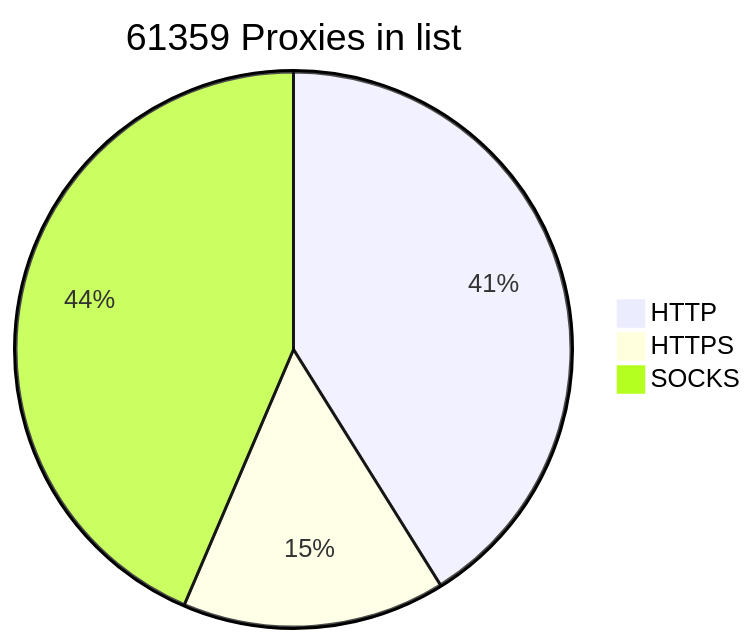
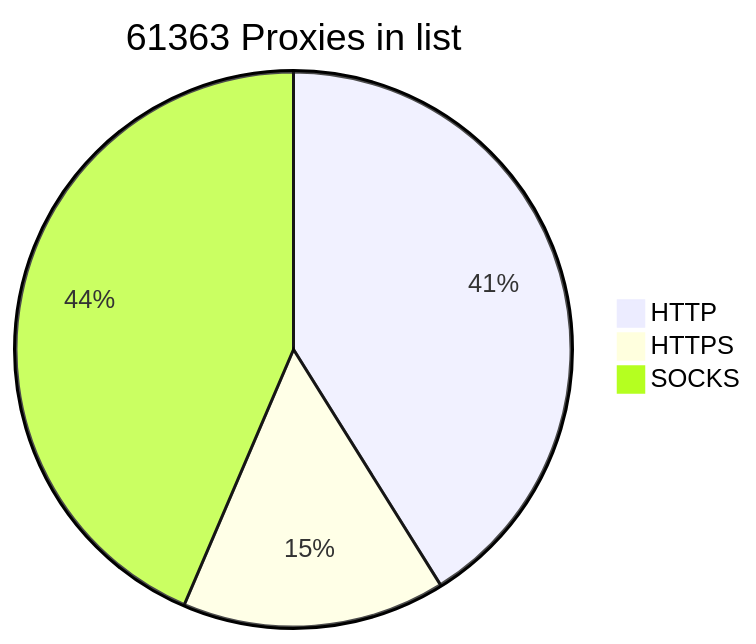
One commit to BlackSnowDot/proxylist-update-every-minute changed the diagram in README.md. Above: the diagram before and after it, drawn with Mermaid.

````diff
--- a/README.md
+++ b/README.md
@@ -2,6 +2,6 @@
 ```mermaid
-pie title 61359 Proxies in list
+pie title 61363 Proxies in list
     "HTTP" : 28670
-    "HTTPS": 10676
+    "HTTPS": 10682
     "SOCKS" : 30376
 ```
````
